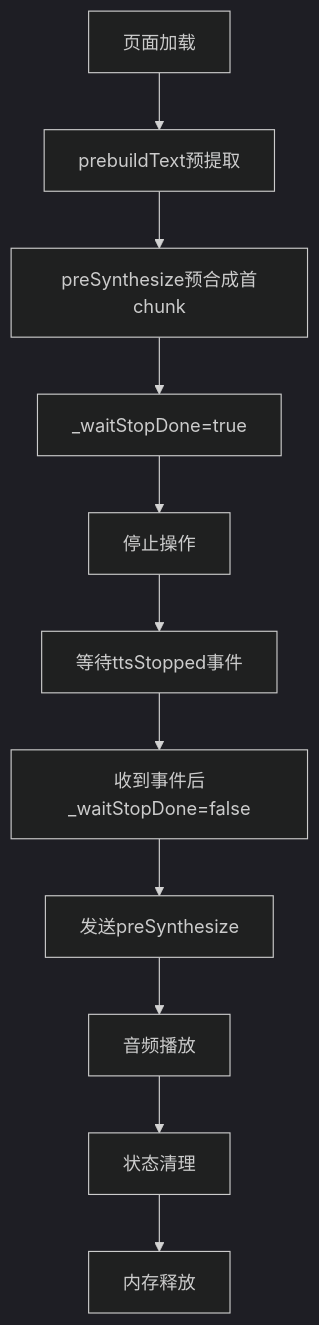
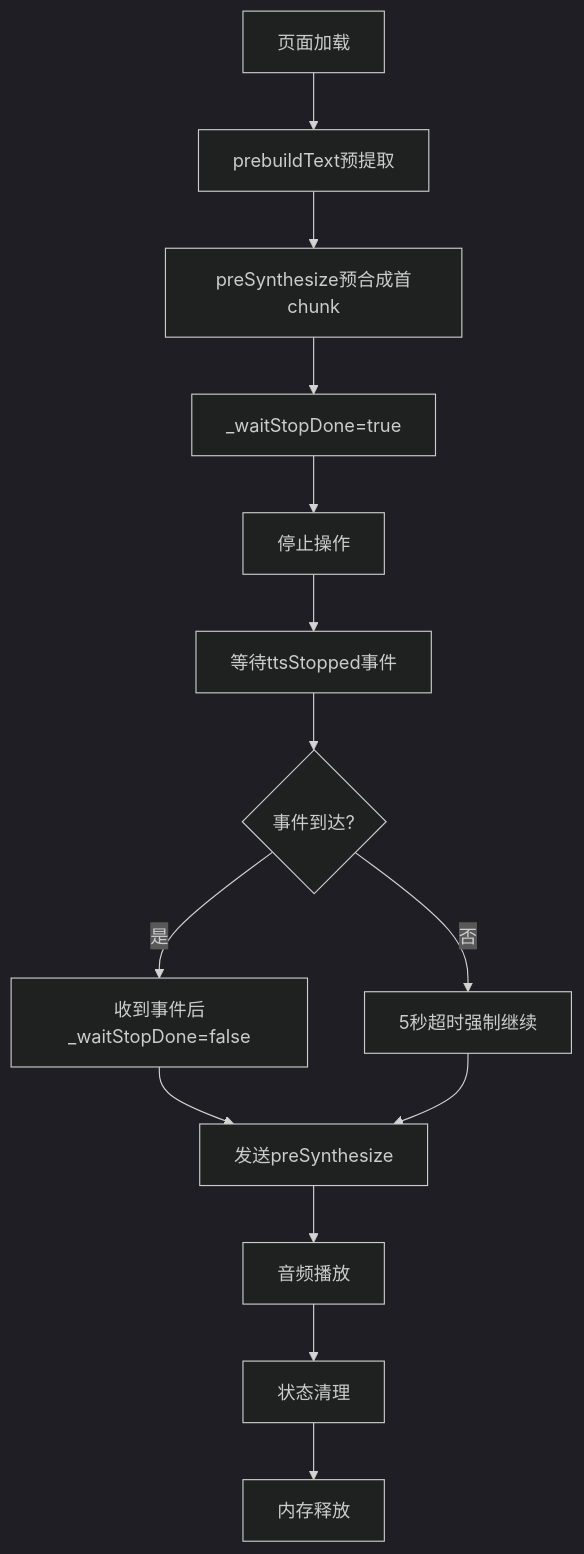
Before and after one commit to zhao-zg/cx: the eighth of 14 diagrams in .qoder/repowiki/zh/content/移动应用开发/TTS静态实例管理系统.md, drawn with Mermaid (dark theme). The commit also changed other lines of this file and 32 other files, not shown here.

````diff
--- a/.qoder/repowiki/zh/content/移动应用开发/TTS静态实例管理系统.md
+++ b/.qoder/repowiki/zh/content/移动应用开发/TTS静态实例管理系统.md
@@ -458,13 +513,16 @@
 ```mermaid
 flowchart TD
 A[页面加载] --> B[prebuildText预提取]
 B --> C[preSynthesize预合成首chunk]
 C --> D[_waitStopDone=true]
 D --> E[停止操作]
 E --> F[等待ttsStopped事件]
-F --> G[收到事件后_waitStopDone=false]
-G --> H[发送preSynthesize]
-H --> I[音频播放]
-I --> J[状态清理]
-J --> K[内存释放]
+F --> G{事件到达?}
+G --> |是| H[收到事件后_waitStopDone=false]
+G --> |否| I[5秒超时强制继续]
+H --> J[发送preSynthesize]
+I --> J
+J --> K[音频播放]
+K --> L[状态清理]
+L --> M[内存释放]
 ```
````
